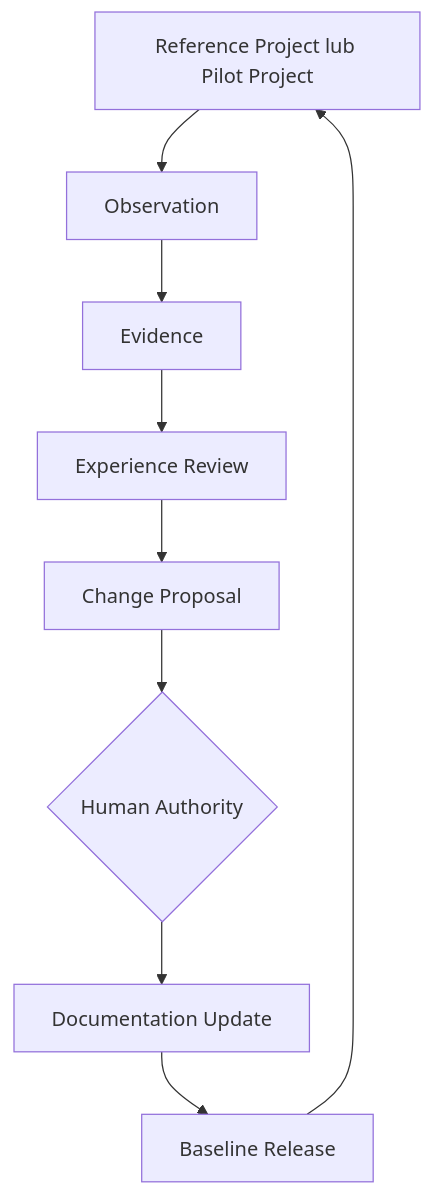
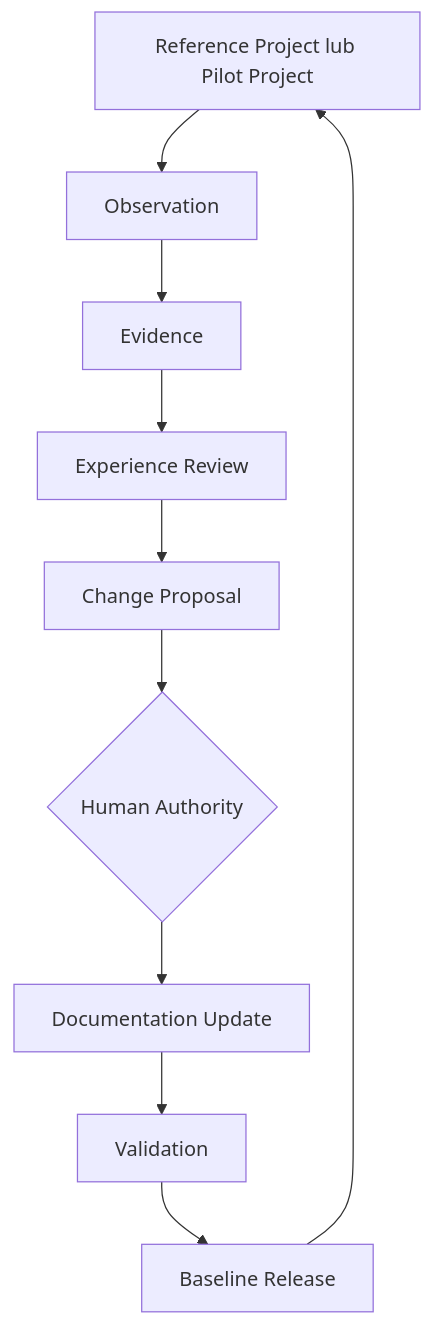
One commit to KrzysztofOle/knowledge-driven-development changed the diagram in docs/50-governance/evolution-workflow.md. Above: the diagram before and after it, drawn with Mermaid. The commit also changed other lines of this file, not shown here.

````diff
--- a/docs/50-governance/evolution-workflow.md
+++ b/docs/50-governance/evolution-workflow.md
@@ -72,20 +77,22 @@
 ```mermaid
 flowchart TD
     RP["Reference Project lub Pilot Project"]
     OBS["Observation"]
     EVD["Evidence"]
     ER["Experience Review"]
     CP["Change Proposal"]
     HA{"Human Authority"}
     DU["Documentation Update"]
+    VAL["Validation"]
     BL["Baseline Release"]
 
     RP --> OBS
     OBS --> EVD
     EVD --> ER
     ER --> CP
     CP --> HA
     HA --> DU
-    DU --> BL
+    DU --> VAL
+    VAL --> BL
     BL --> RP
 ```
````
